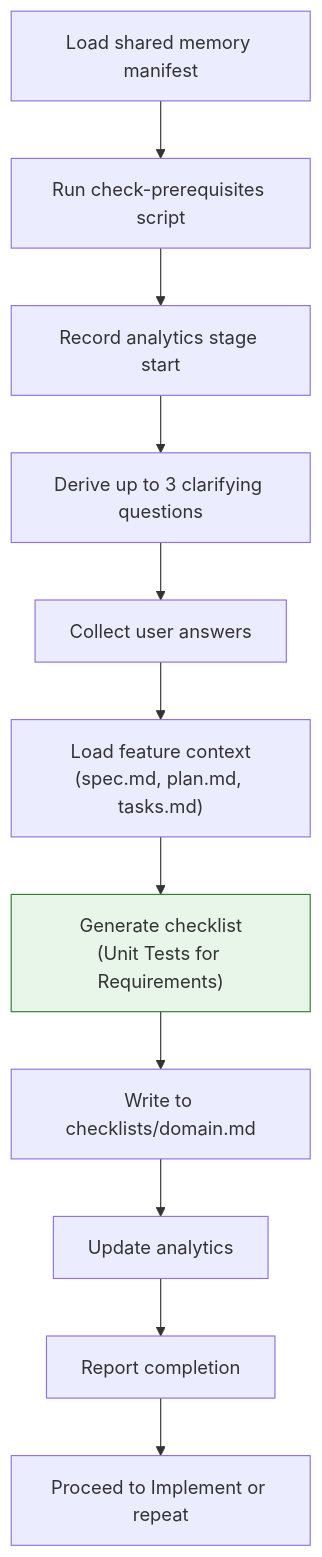
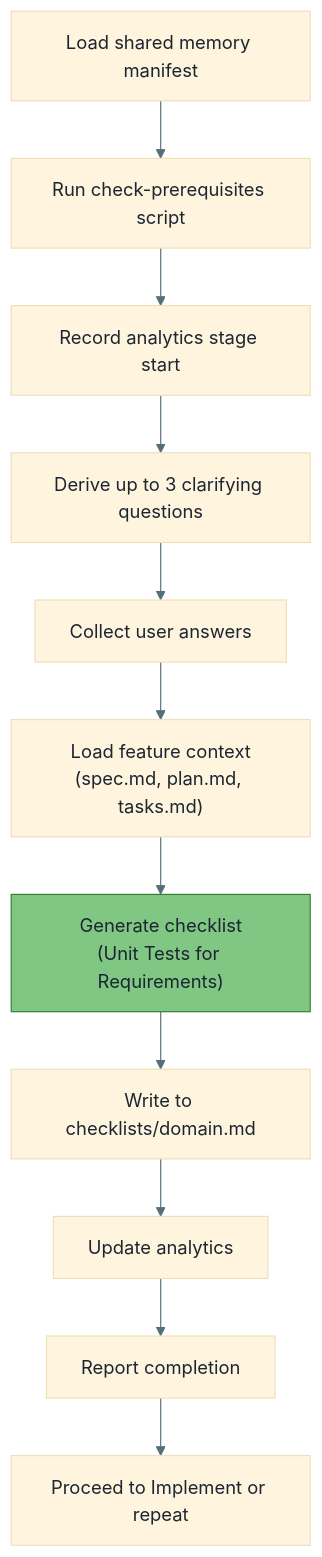
One commit to premkumarjanagarajan/fluid-flow-ai changed diagram 15 of 26 in docs/WORKFLOW-FULL-DETAILED.md. Above: the diagram before and after it, drawn with Mermaid. The commit also changed other lines of this file, not shown here.

First line of the commit message:
Fix mermaid diagram colors for dark/light theme compatibility

````diff
--- a/docs/WORKFLOW-FULL-DETAILED.md
+++ b/docs/WORKFLOW-FULL-DETAILED.md
@@ -624,15 +650,16 @@
 ```mermaid
+%%{init: {'theme': 'base', 'themeVariables': {'primaryTextColor': '#1B2631', 'lineColor': '#546E7A', 'textColor': '#1B2631'}}}%%
 flowchart TD
     A["Load shared memory manifest"] --> B["Run check-prerequisites script"]
     B --> C["Record analytics stage start"]
     C --> D["Derive up to 3 clarifying questions"]
     D --> E["Collect user answers"]
     E --> F["Load feature context<br/>(spec.md, plan.md, tasks.md)"]
     F --> G["Generate checklist<br/>(Unit Tests for Requirements)"]
     G --> H["Write to checklists/domain.md"]
     H --> I["Update analytics"]
     I --> J["Report completion"]
     J --> K["Proceed to Implement or repeat"]
 
-    style G fill:#E8F5E9,stroke:#2E7D32
+    style G fill:#81C784,stroke:#2E7D32
 ```
````
